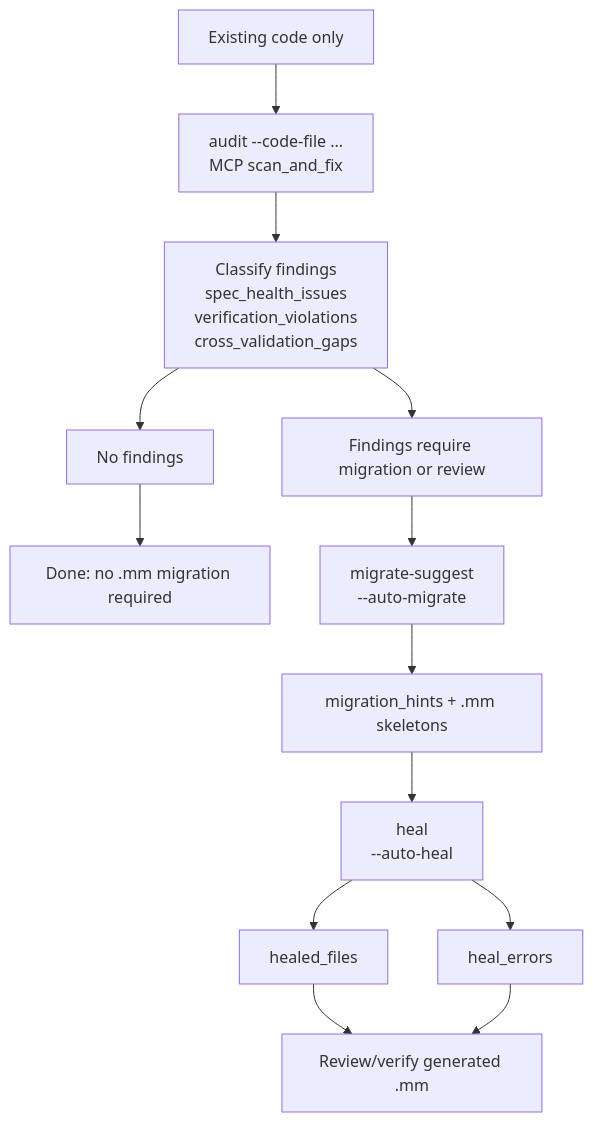
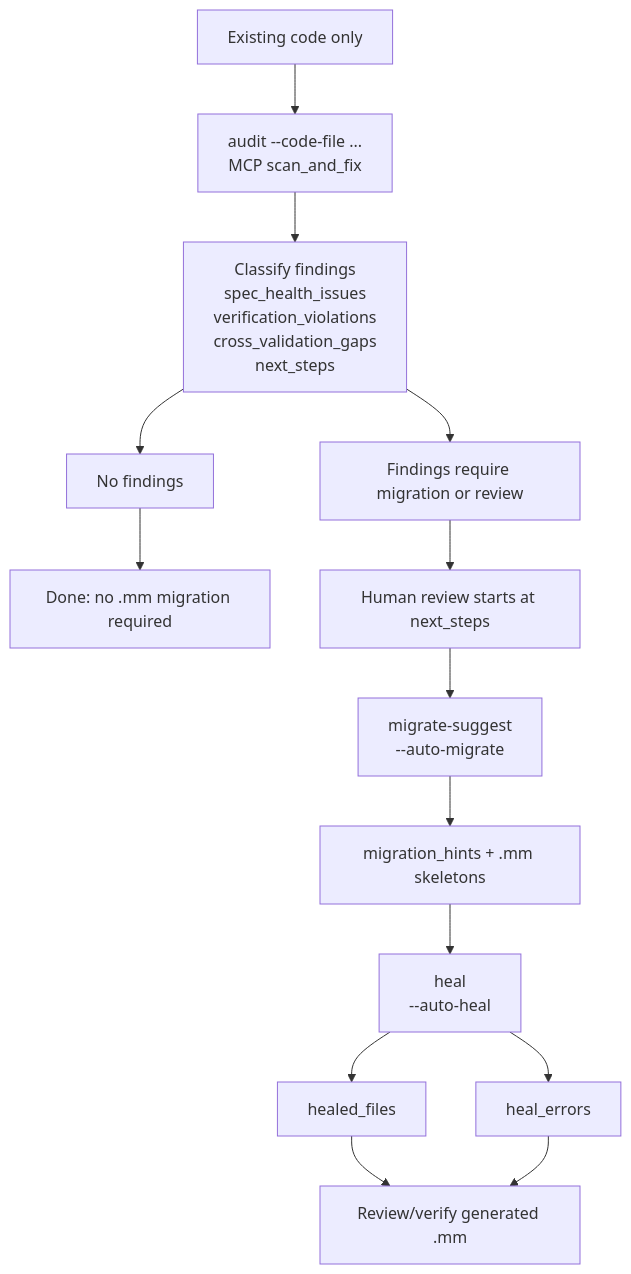
Before and after one commit to mumei-lang/mumei-agent: the second of 2 diagrams in README.md, drawn with Mermaid. The commit also changed other lines of this file and 2 other files, not shown here.

Commit message:
Align audit contract docs

````diff
--- a/README.md
+++ b/README.md
@@ -151,15 +152,16 @@
 ```mermaid
 flowchart TD
     input["Existing code only"] --> entry["audit --code-file ...<br/>MCP scan_and_fix"]
-    entry --> classify["Classify findings<br/>spec_health_issues<br/>verification_violations<br/>cross_validation_gaps"]
+    entry --> classify["Classify findings<br/>spec_health_issues<br/>verification_violations<br/>cross_validation_gaps<br/>next_steps"]
     classify --> clean["No findings"]
     clean --> done["Done: no .mm migration required"]
     classify --> findings["Findings require migration or review"]
-    findings --> migrate["migrate-suggest<br/>--auto-migrate"]
+    findings --> review_gate["Human review starts at next_steps"]
+    review_gate --> migrate["migrate-suggest<br/>--auto-migrate"]
     migrate --> hints["migration_hints + .mm skeletons"]
     hints --> heal["heal<br/>--auto-heal"]
     heal --> healed["healed_files"]
     heal --> errors["heal_errors"]
-    healed --> review["Review/verify generated .mm"]
-    errors --> review
+    healed --> final_review["Review/verify generated .mm"]
+    errors --> final_review
 ```
````
